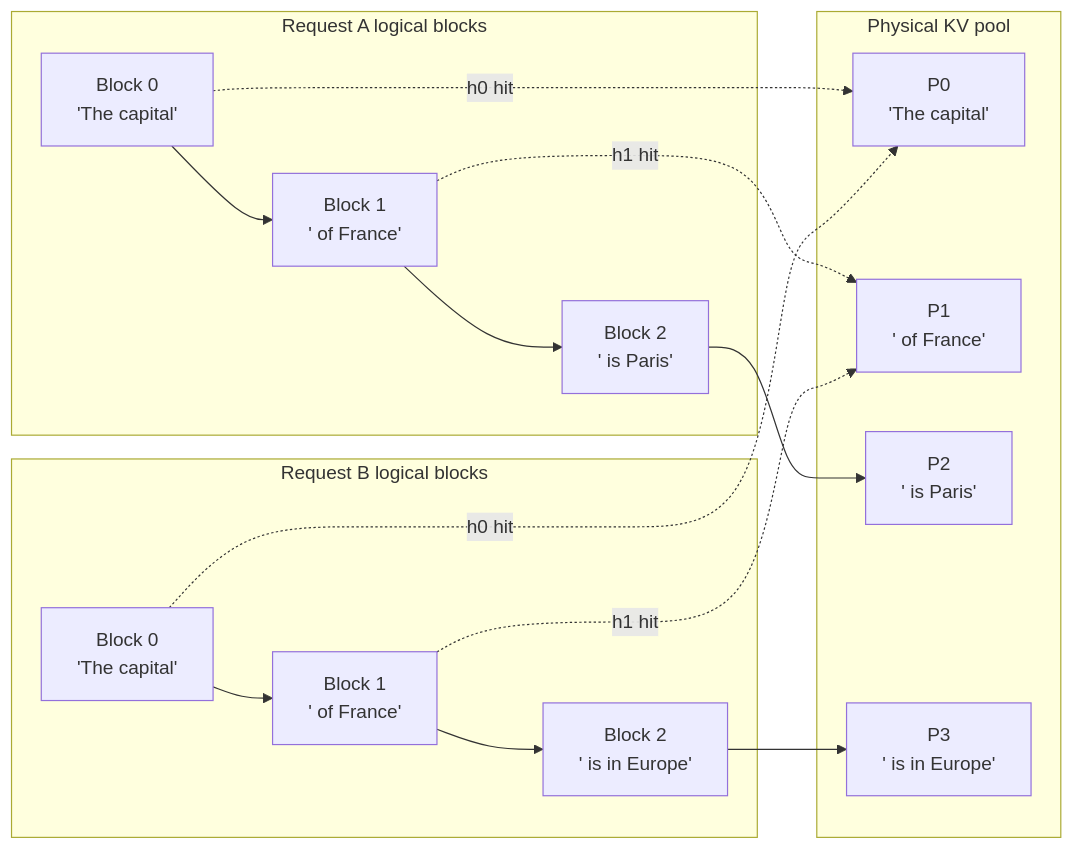
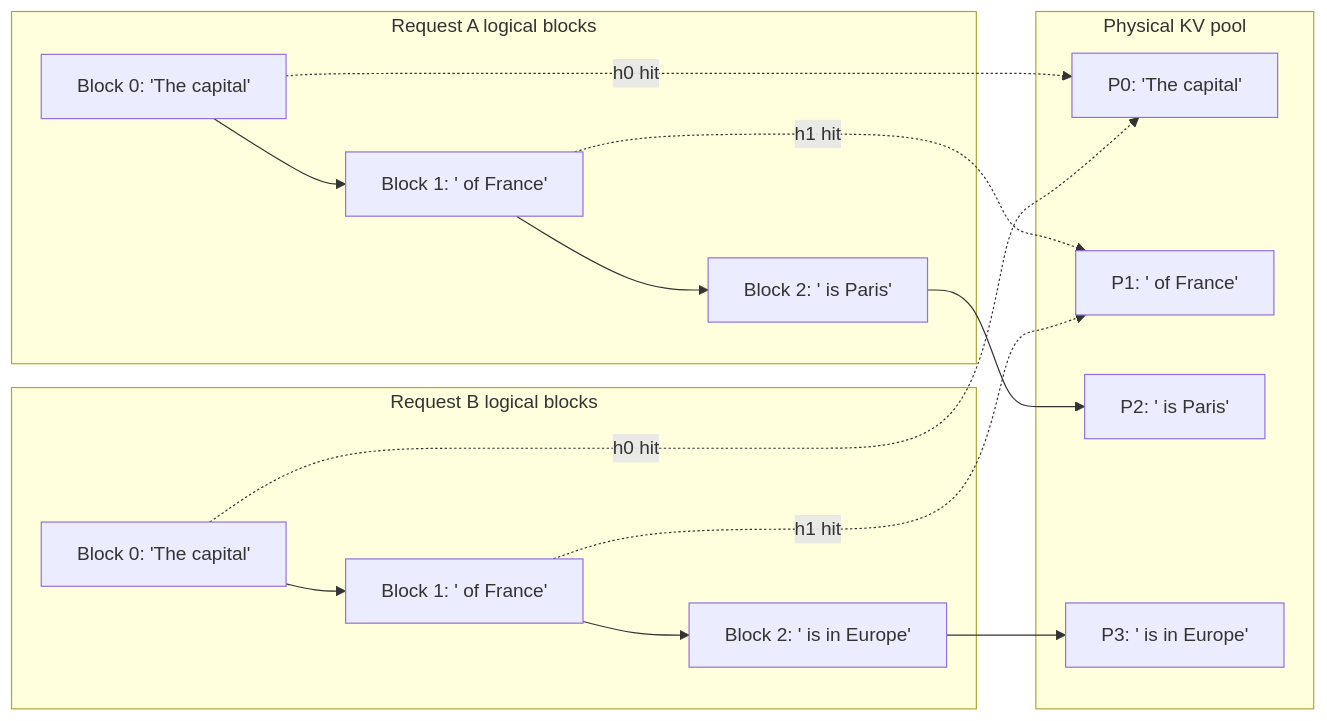
The fifth of 7 diagrams in HACKERS_GUIDE.md (phi9t/vllm), drawn with Mermaid before and after one commit. The commit also changed other lines of this file and 6 other files, not shown here.

First line of the commit message:
guide: deep-dive §4.1–4.3 foundations + render mermaid on the guide page

````diff
--- a/HACKERS_GUIDE.md
+++ b/HACKERS_GUIDE.md
@@ -513,23 +658,23 @@
 ```mermaid
 flowchart LR
   subgraph LogicalA["Request A logical blocks"]
-    A0[Block 0\n'The capital'] --> A1[Block 1\n' of France']
-    A1 --> A2[Block 2\n' is Paris']
+    A0["Block 0: 'The capital'"] --> A1["Block 1: ' of France'"]
+    A1 --> A2["Block 2: ' is Paris'"]
   end
   subgraph LogicalB["Request B logical blocks"]
-    B0[Block 0\n'The capital'] --> B1[Block 1\n' of France']
-    B1 --> B2[Block 2\n' is in Europe']
+    B0["Block 0: 'The capital'"] --> B1["Block 1: ' of France'"]
+    B1 --> B2["Block 2: ' is in Europe'"]
   end
   subgraph Physical["Physical KV pool"]
-    P0[P0\n'The capital']
-    P1[P1\n' of France']
-    P2[P2\n' is Paris']
-    P3[P3\n' is in Europe']
+    P0["P0: 'The capital'"]
+    P1["P1: ' of France'"]
+    P2["P2: ' is Paris'"]
+    P3["P3: ' is in Europe'"]
   end
   A0 -. h0 hit .-> P0
   B0 -. h0 hit .-> P0
   A1 -. h1 hit .-> P1
   B1 -. h1 hit .-> P1
   A2 --> P2
   B2 --> P3
 ```
````
